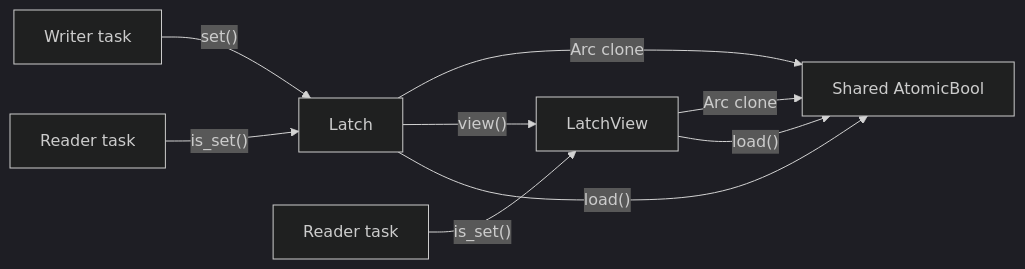
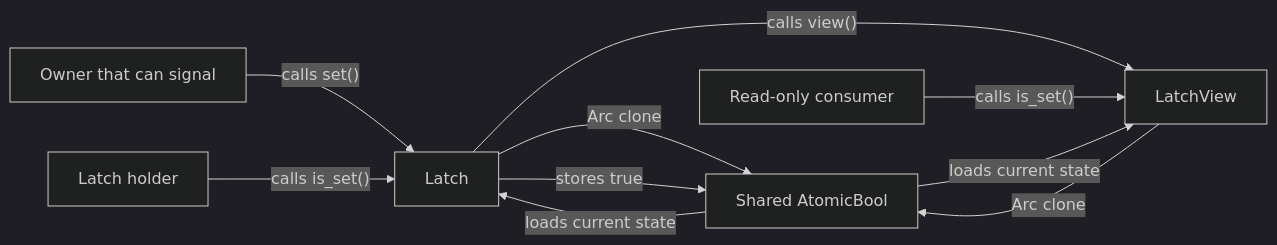
The first of 3 diagrams in docs/reference/architecture/openframe-client-core/utils-latch/utils-latch.md (flamingo-stack/openframe-oss-tenant), drawn with Mermaid (dark theme) before and after one commit. The commit also changed other lines of this file and 2377 other files, not shown here.

````diff
--- a/docs/reference/architecture/openframe-client-core/utils-latch/utils-latch.md
+++ b/docs/reference/architecture/openframe-client-core/utils-latch/utils-latch.md
@@ -22,11 +23,12 @@
 ```mermaid
 flowchart LR
-    Writer["Writer task"] -->|"set()"| Latch["Latch"]
+    Producer["Owner that can signal"] -->|"calls set()"| Latch["Latch"]
     Latch -->|"Arc clone"| AtomicState["Shared AtomicBool"]
-    Latch -->|"view()"| ReadOnlyView["LatchView"]
-    ReadOnlyView -->|"Arc clone"| AtomicState
-    ReaderOne["Reader task"] -->|"is_set()"| Latch
-    ReaderTwo["Reader task"] -->|"is_set()"| ReadOnlyView
-    Latch -->|"load()"| AtomicState
-    ReadOnlyView -->|"load()"| AtomicState
+    Latch -->|"calls view()"| View["LatchView"]
+    View -->|"Arc clone"| AtomicState
+    ConsumerA["Latch holder"] -->|"calls is_set()"| Latch
+    ConsumerB["Read-only consumer"] -->|"calls is_set()"| View
+    Latch -->|"stores true"| AtomicState
+    AtomicState -->|"loads current state"| Latch
+    AtomicState -->|"loads current state"| View
 ```
````
